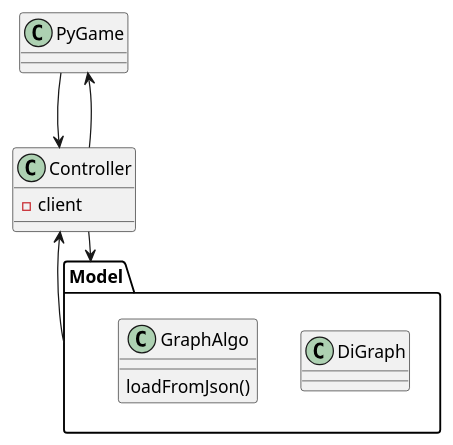
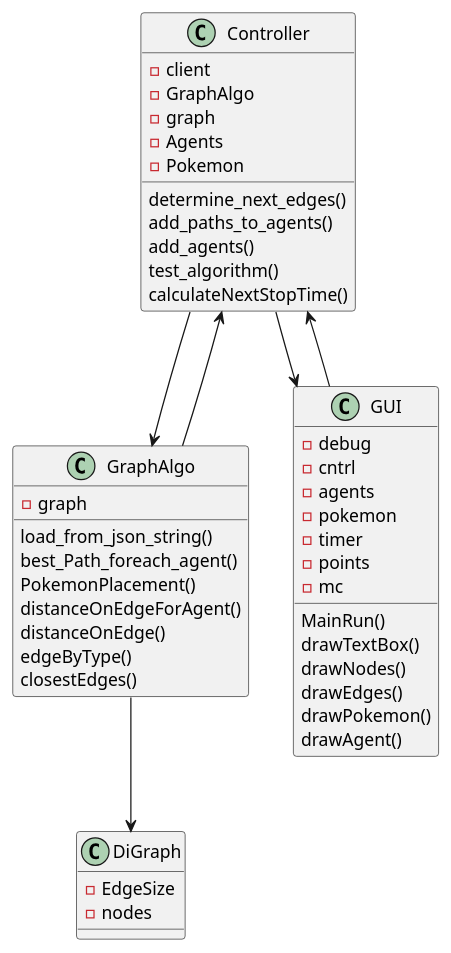
Before and after one commit to Inon-Sinn/Uni-Ariel-OOP-Ex4: the diagram in PLan.puml, drawn with PlantUML. The commit also changed 1 other file, not shown here.

```diff
--- a/PLan.puml
+++ b/PLan.puml
@@ -1,20 +1,55 @@
 @startuml
 'https://plantuml.com/sequence-diagram
-
-class Model.DiGraph
-
-class Model.GraphAlgo{
-    loadFromJson()
-}
-class PyGame
-
 class Controller{
     - client
+    - GraphAlgo
+    - graph
+    - Agents
+    - Pokemon
+    determine_next_edges()
+    add_paths_to_agents()
+    add_agents()
+    test_algorithm()
+    calculateNextStopTime()
 }
 
-Controller --> PyGame
-Controller --> Model
-PyGame --> Controller
-Model --> Controller
+class DiGraph{
+    - EdgeSize
+    - nodes
+}
+
+class GraphAlgo{
+    - graph
+    load_from_json_string()
+    best_Path_foreach_agent()
+    PokemonPlacement()
+    distanceOnEdgeForAgent()
+    distanceOnEdge()
+    edgeByType()
+    closestEdges()
+
+}
+class GUI{
+    - debug
+    - cntrl
+    - agents
+    - pokemon
+    - timer
+    - points
+    - mc
+    MainRun()
+    drawTextBox()
+    drawNodes()
+    drawEdges()
+    drawPokemon()
+    drawAgent()
+}
+
+
+Controller --> GUI
+Controller --> GraphAlgo
+GraphAlgo --> Controller
+GraphAlgo --> DiGraph
+GUI --> Controller
 
 @enduml
```
